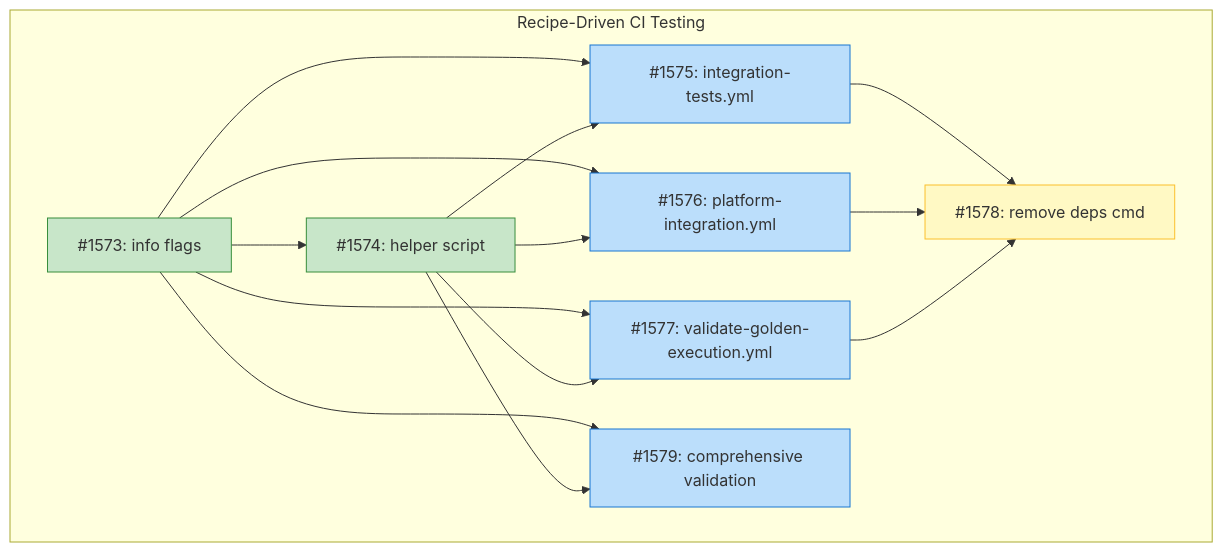
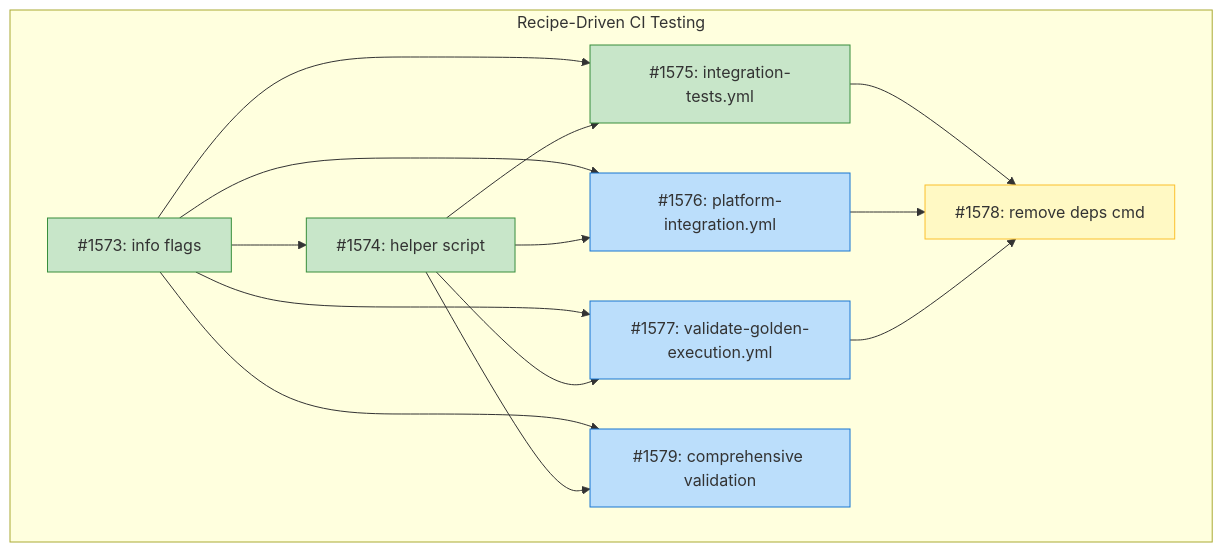
Before and after one commit to tsukumogami/tsuku: the diagram in docs/designs/DESIGN-recipe-driven-ci-testing.md, drawn with Mermaid. The commit also changed other lines of this file, not shown here.

````diff
--- a/docs/designs/DESIGN-recipe-driven-ci-testing.md
+++ b/docs/designs/DESIGN-recipe-driven-ci-testing.md
@@ -54,38 +54,38 @@
 ```mermaid
 graph TD
     subgraph Recipe-Driven CI Testing
         I1573[#1573: info flags]
         I1574[#1574: helper script]
         I1575[#1575: integration-tests.yml]
         I1576[#1576: platform-integration.yml]
         I1577[#1577: validate-golden-execution.yml]
         I1578[#1578: remove deps cmd]
         I1579[#1579: comprehensive validation]
     end
 
     I1573 --> I1574
     I1573 --> I1575
     I1573 --> I1576
     I1573 --> I1577
     I1573 --> I1579
     I1574 --> I1575
     I1574 --> I1576
     I1574 --> I1577
     I1574 --> I1579
     I1575 --> I1578
     I1576 --> I1578
     I1577 --> I1578
 
     classDef done fill:#c8e6c9,stroke:#388e3c
     classDef ready fill:#bbdefb,stroke:#1976d2
     classDef blocked fill:#fff9c4,stroke:#fbc02d
     classDef needsDesign fill:#e1bee7,stroke:#7b1fa2
 
     class I1573 done
     class I1574 done
-    class I1575 ready
+    class I1575 done
     class I1576 ready
     class I1577 ready
     class I1578 blocked
     class I1579 ready
 ```
````
